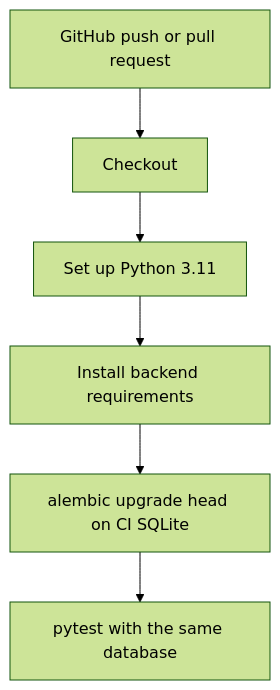
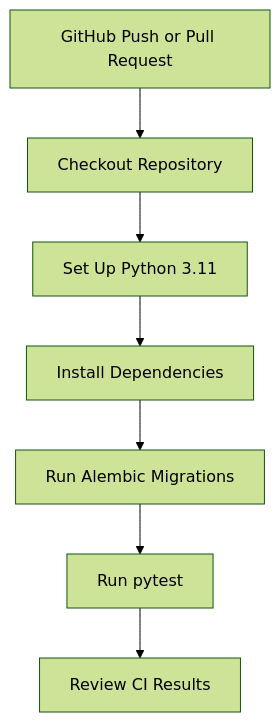
One commit to Mohnish124/HerDoc changed the second of 2 diagrams in Deployment.md. Above: the diagram before and after it, drawn with Mermaid (forest theme). The commit also changed other lines of this file, not shown here.

````diff
--- a/Deployment.md
+++ b/Deployment.md
@@ -31,8 +94,9 @@
 ```mermaid
 flowchart TD
-  Push[GitHub push or pull request] --> Checkout[Checkout]
-  Checkout --> Python[Set up Python 3.11]
-  Python --> Deps[Install backend requirements]
-  Deps --> Migrate[alembic upgrade head on CI SQLite]
-  Migrate --> Pytest[pytest with the same database]
+    A[GitHub Push or Pull Request] --> B[Checkout Repository]
+    B --> C[Set Up Python 3.11]
+    C --> D[Install Dependencies]
+    D --> E[Run Alembic Migrations]
+    E --> F[Run pytest]
+    F --> G[Review CI Results]
 ```
````
